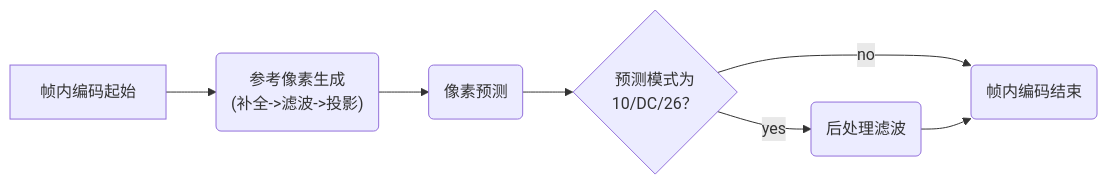
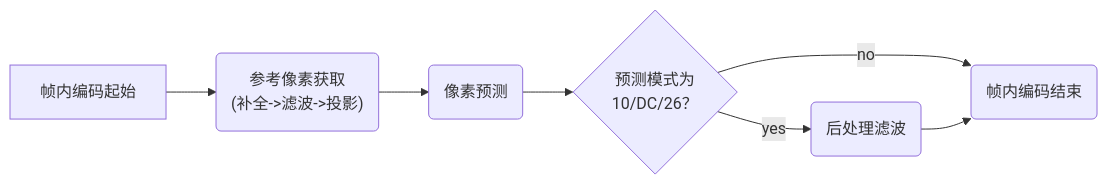
The diagram in docs/CP4_帧内编码/简介.md (zllz4/HEVC-notes), drawn with Mermaid before and after one commit. The commit also changed other lines of this file and 13 other files, not shown here.

````diff
--- a/docs/CP4_帧内编码/简介.md
+++ b/docs/CP4_帧内编码/简介.md
@@ -9,9 +9,9 @@
 ```mermaid
 graph LR
-    A[帧内编码起始] --> B("参考像素生成<br/> (补全->滤波->投影)")
+    A[帧内编码起始] --> B("参考像素获取<br/> (补全->滤波->投影)")
     B --> C("像素预测")
     C --> D{"预测模式为<br/>10/DC/26？"}
     D --> |yes| E("后处理滤波")
     D --> |no| F("帧内编码结束")
     E --> F
 ```
````
